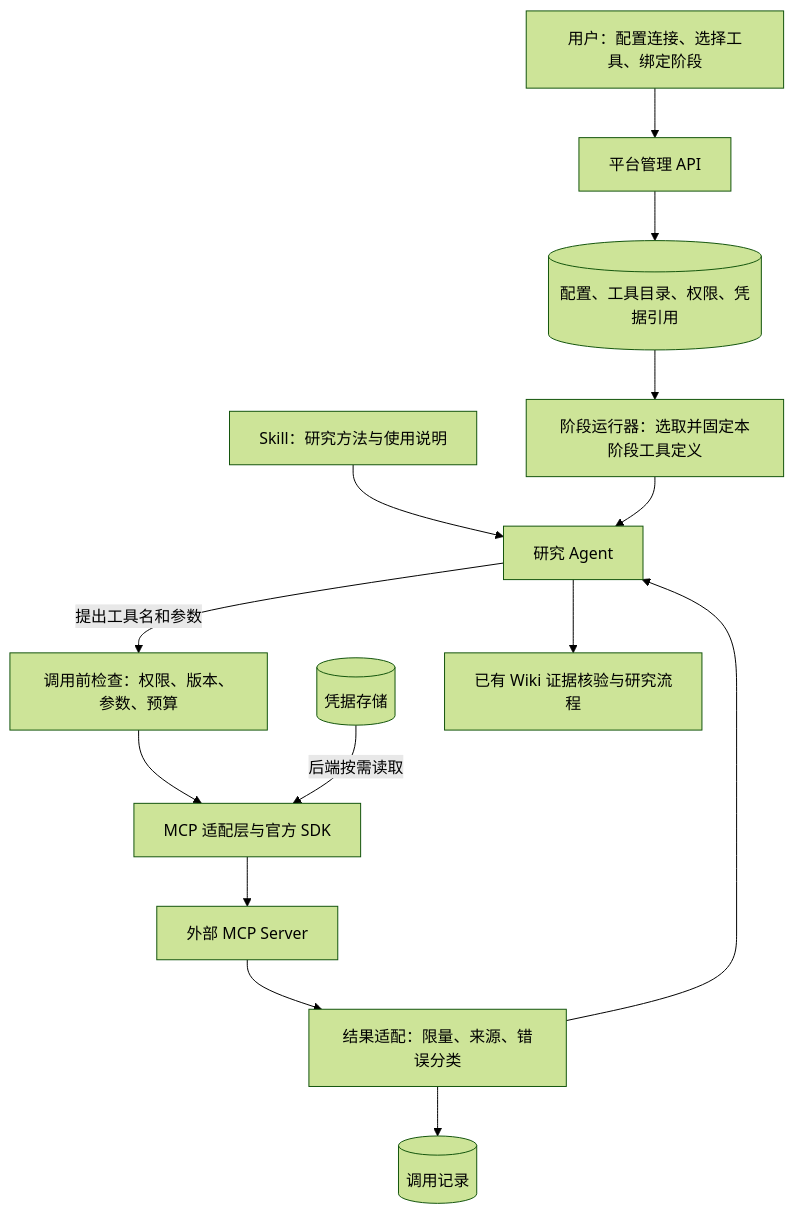
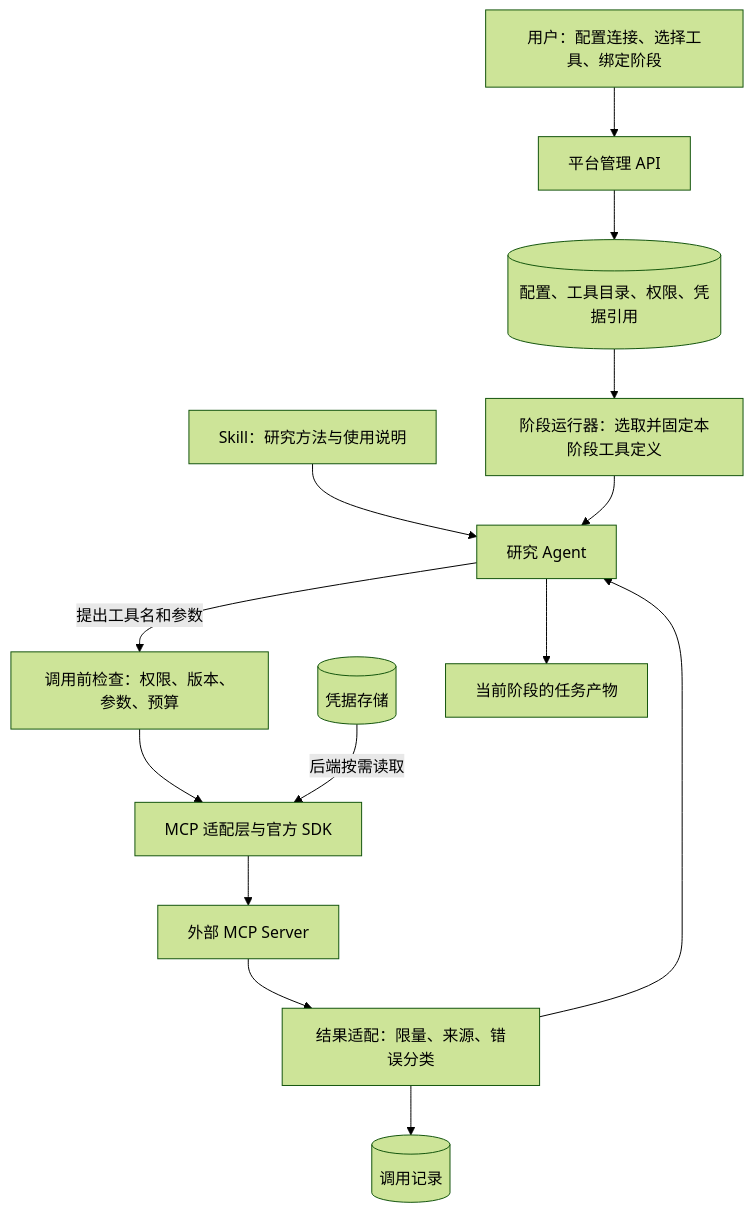
Before and after one commit to Huang-Xinghao/paper_agent: the diagram in docs/mcp-research-2026-11-09.md, drawn with Mermaid (forest theme). The commit also changed other lines of this file and 7 other files, not shown here.

````diff
--- a/docs/mcp-research-2026-11-09.md
+++ b/docs/mcp-research-2026-11-09.md
@@ -33,16 +35,16 @@
 ```mermaid
 flowchart TB
     U[用户：配置连接、选择工具、绑定阶段] --> M[平台管理 API]
     M --> C[(配置、工具目录、权限、凭据引用)]
     C --> R[阶段运行器：选取并固定本阶段工具定义]
     S[Skill：研究方法与使用说明] --> A[研究 Agent]
     R --> A
     A -->|提出工具名和参数| P[调用前检查：权限、版本、参数、预算]
     P --> X[MCP 适配层与官方 SDK]
     V[(凭据存储)] -->|后端按需读取| X
     X --> E[外部 MCP Server]
     E --> N[结果适配：限量、来源、错误分类]
     N --> A
     N --> L[(调用记录)]
-    A --> W[已有 Wiki 证据核验与研究流程]
+    A --> W[当前阶段的任务产物]
 ```
````
